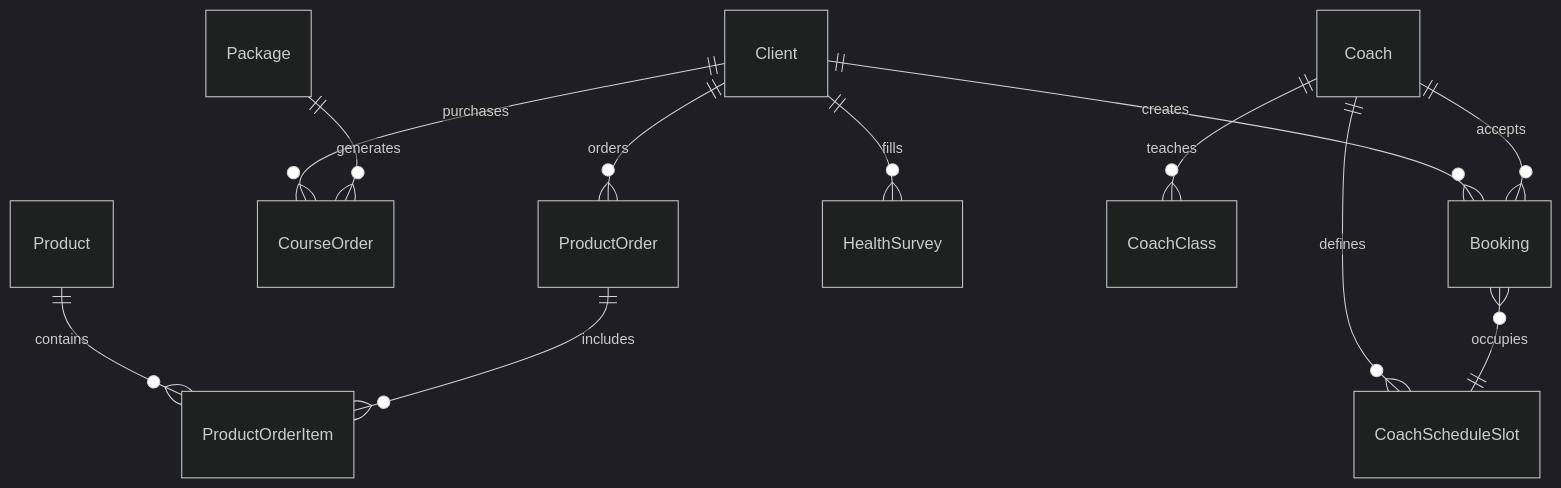
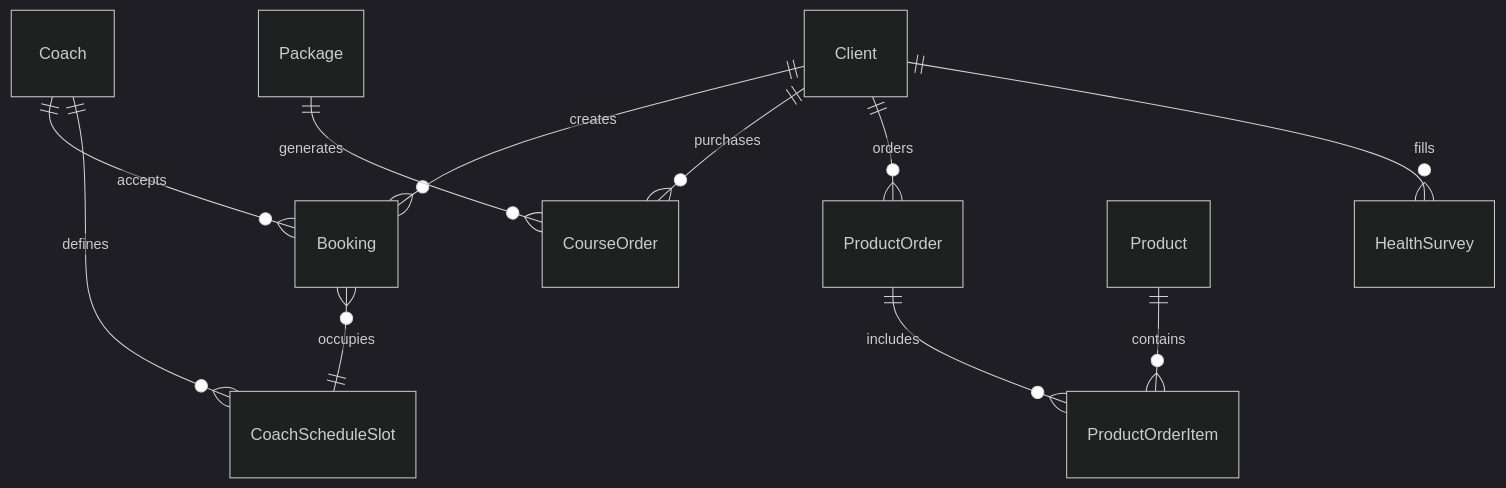
One commit to lnpbqc/fitness-java changed the seventh of 8 diagrams in 项目架构与开发规范白皮书.md. Above: the diagram before and after it, drawn with Mermaid (dark theme). The commit also changed other lines of this file and 10 other files, not shown here.

````diff
--- a/项目架构与开发规范白皮书.md
+++ b/项目架构与开发规范白皮书.md
@@ -704,18 +702,17 @@
 ```mermaid
 erDiagram
     Client ||--o{ Booking : "creates"
     Client ||--o{ CourseOrder : "purchases"
     Client ||--o{ ProductOrder : "orders"
     Client ||--o{ HealthSurvey : "fills"
     
     Coach ||--o{ Booking : "accepts"
     Coach ||--o{ CoachScheduleSlot : "defines"
-    Coach ||--o{ CoachClass : "teaches"
     
     Package ||--o{ CourseOrder : "generates"
     
     Product ||--o{ ProductOrderItem : "contains"
     ProductOrder ||--o{ ProductOrderItem : "includes"
     
     Booking }o--|| CoachScheduleSlot : "occupies"
 ```
````
